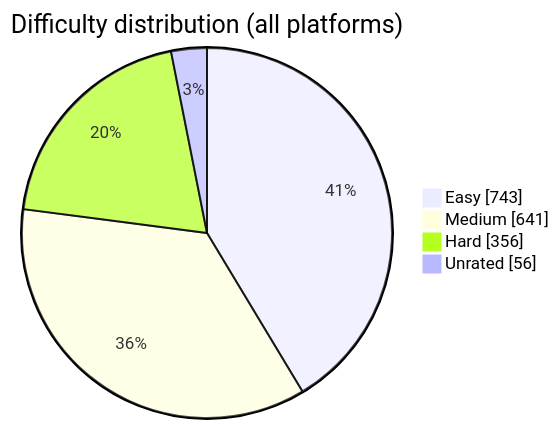
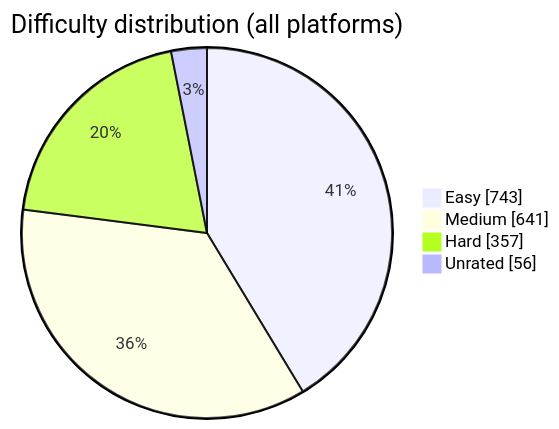
One commit to BuildbyArindam/Daily-Coding-Log changed the diagram in README.md. Above: the diagram before and after it, drawn with Mermaid. The commit also changed other lines of this file, not shown here.

````diff
--- a/README.md
+++ b/README.md
@@ -108,7 +108,7 @@
 ```mermaid
 pie showData title Difficulty distribution (all platforms)
     "Easy" : 743
     "Medium" : 641
-    "Hard" : 356
+    "Hard" : 357
     "Unrated" : 56
 ```
````
